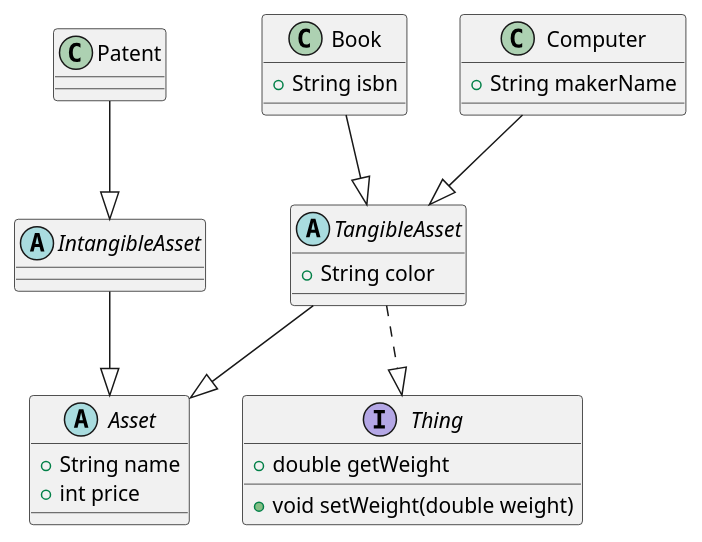
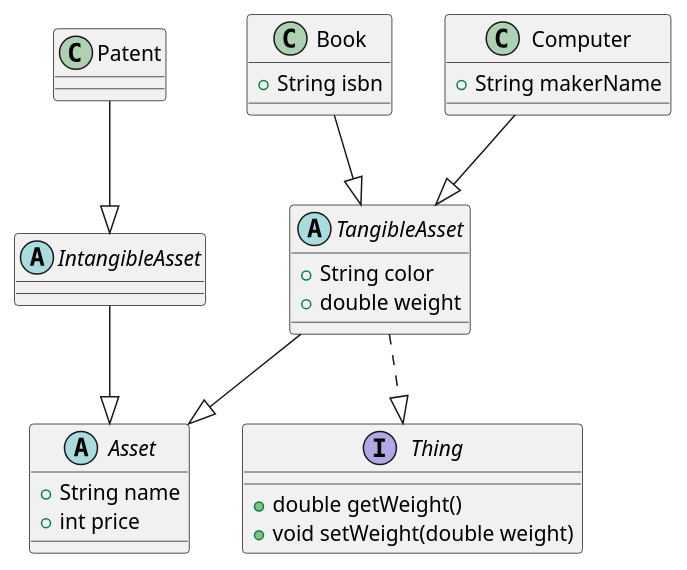
One commit to SurvivalCodingCampus/polytech_java_study changed the diagram in src/main/java/com/survivalcoding/assignments_01_instance/exam01/ab/Asset.puml. Above: the diagram before and after it, drawn with PlantUML. The commit also changed 3 other files, not shown here.

```diff
--- a/src/main/java/com/survivalcoding/assignments_01_instance/exam01/ab/Asset.puml
+++ b/src/main/java/com/survivalcoding/assignments_01_instance/exam01/ab/Asset.puml
@@ -1,39 +1,40 @@
 @startuml
 
 interface Thing {
-+ double getWeight
++ double getWeight()
 + void setWeight(double weight)
 }
 
 abstract class Asset {
 + String name
 + int price
 }
 
 abstract class TangibleAsset {
 + String color
++ double weight
 }
 
 abstract class IntangibleAsset {
 }
 
 class Book {
 + String isbn
 }
 
 class Computer {
 + String makerName
 }
 
 class Patent {
 }
 
 TangibleAsset --|> Asset
 IntangibleAsset --|> Asset
 Book --|> TangibleAsset
 Computer --|> TangibleAsset
 Patent --|> IntangibleAsset
 
 TangibleAsset ..|> Thing
 
 @enduml
```
